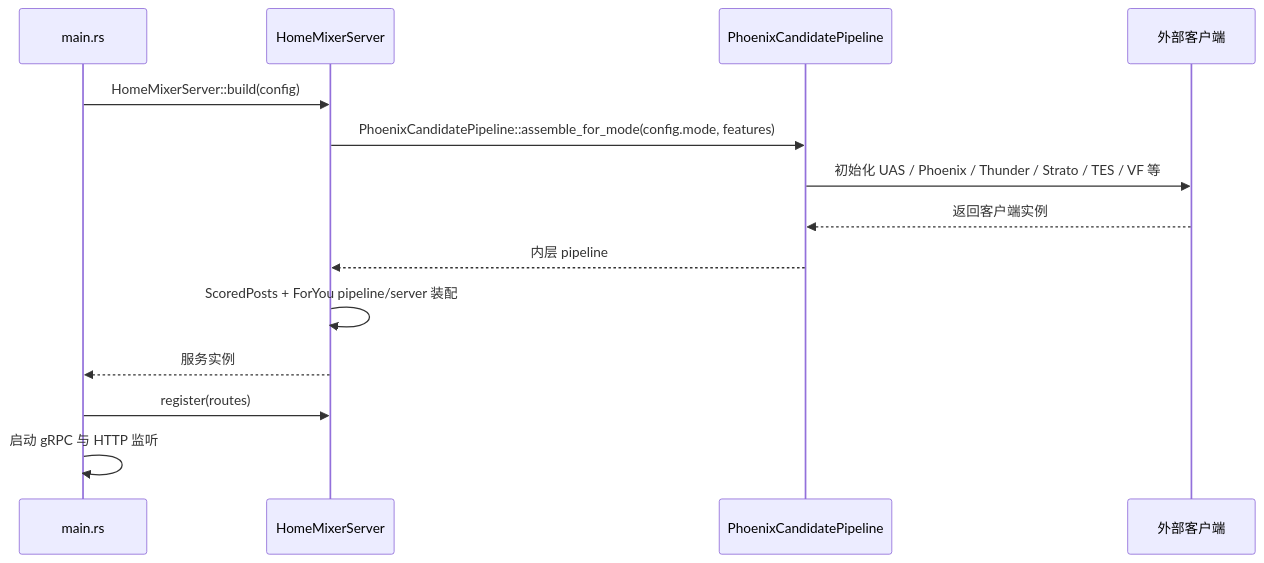
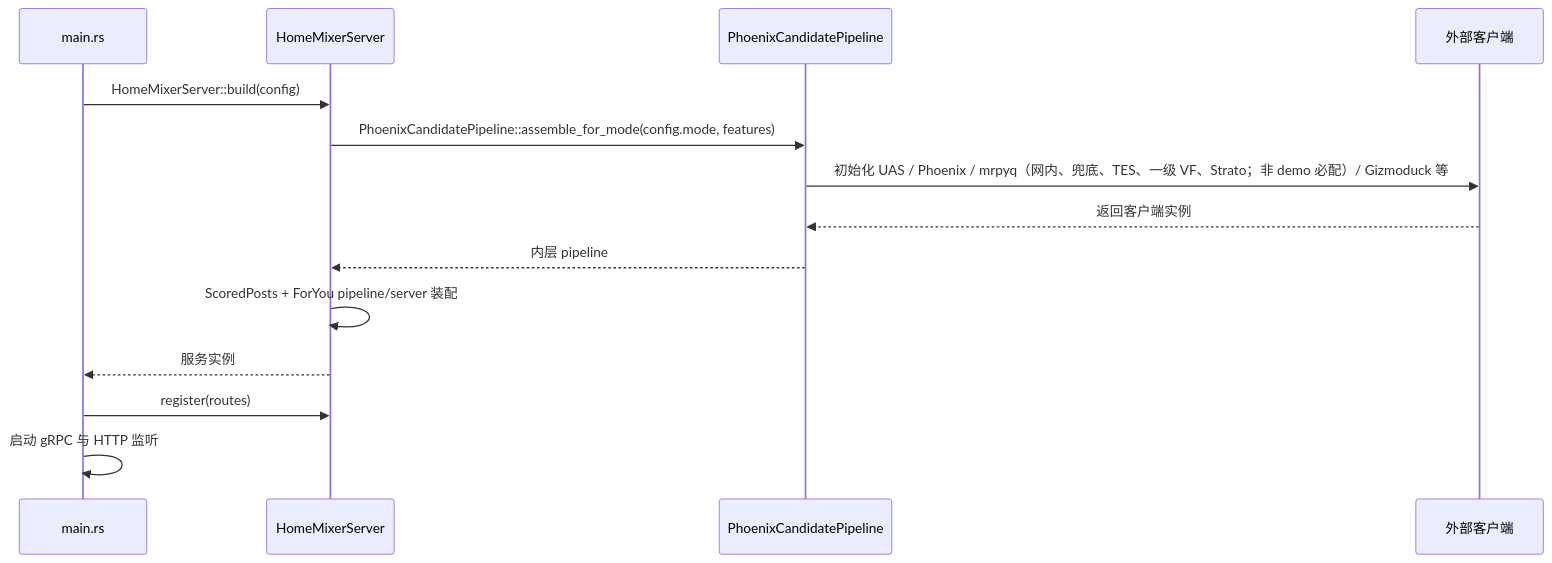
The first of 3 diagrams in docs/home-mixer/02-request-lifecycle.md (freefcw/x-algorithm), drawn with Mermaid before and after one commit. The commit also changed other lines of this file and 21 other files, not shown here.

````diff
--- a/docs/home-mixer/02-request-lifecycle.md
+++ b/docs/home-mixer/02-request-lifecycle.md
@@ -17,17 +17,17 @@
 ```mermaid
 sequenceDiagram
     participant Main as main.rs
     participant Server as HomeMixerServer
     participant Pipeline as PhoenixCandidatePipeline
     participant Clients as 外部客户端
 
     Main->>Server: HomeMixerServer::build(config)
     Server->>Pipeline: PhoenixCandidatePipeline::assemble_for_mode(config.mode, features)
-    Pipeline->>Clients: 初始化 UAS / Phoenix / Thunder / Strato / TES / VF 等
+    Pipeline->>Clients: 初始化 UAS / Phoenix / mrpyq（网内、兜底、TES、一级 VF、Strato；非 demo 必配）/ Gizmoduck 等
     Clients-->>Pipeline: 返回客户端实例
     Pipeline-->>Server: 内层 pipeline
     Server->>Server: ScoredPosts + ForYou pipeline/server 装配
     Server-->>Main: 服务实例
     Main->>Server: register(routes)
     Main->>Main: 启动 gRPC 与 HTTP 监听
 ```
````
